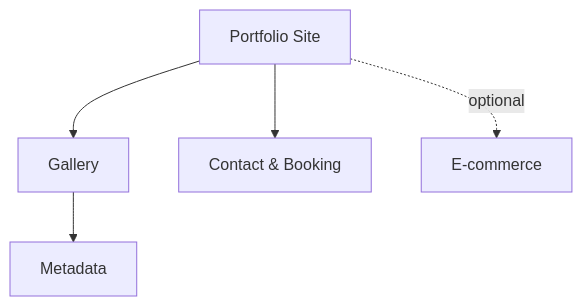
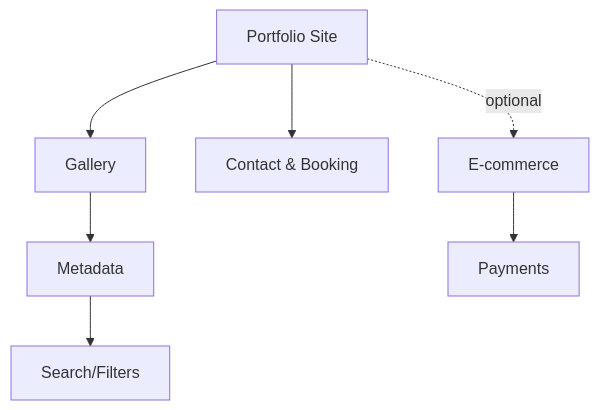
One commit to ackersml/portfolio-system changed the diagram in diagrams/artist-archive.mmd. Above: the diagram before and after it, drawn with Mermaid. The commit also changed 5 other files, not shown here.

Commit message:
Stabilize Mermaid rendering (use run); enrich diagrams with subgraphs and flows

```diff
--- a/diagrams/artist-archive.mmd
+++ b/diagrams/artist-archive.mmd
@@ -1,5 +1,7 @@
 graph TD
   SITE[Portfolio Site] --> GALLERY[Gallery]
   GALLERY --> META[Metadata]
+  META --> SEARCH[Search/Filters]
   SITE --> CONTACT[Contact & Booking]
   SITE -. optional .-> SHOP[E‑commerce]
+  SHOP --> PAY[Payments]
```
